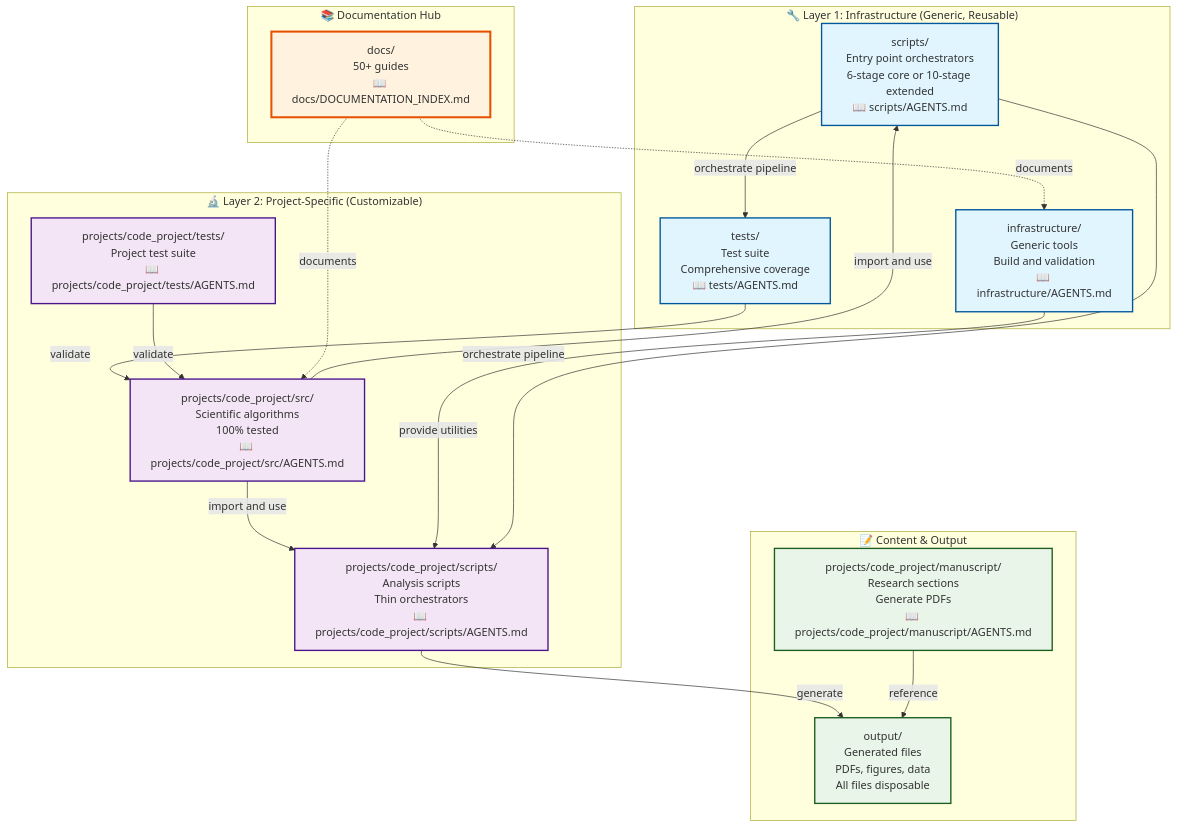
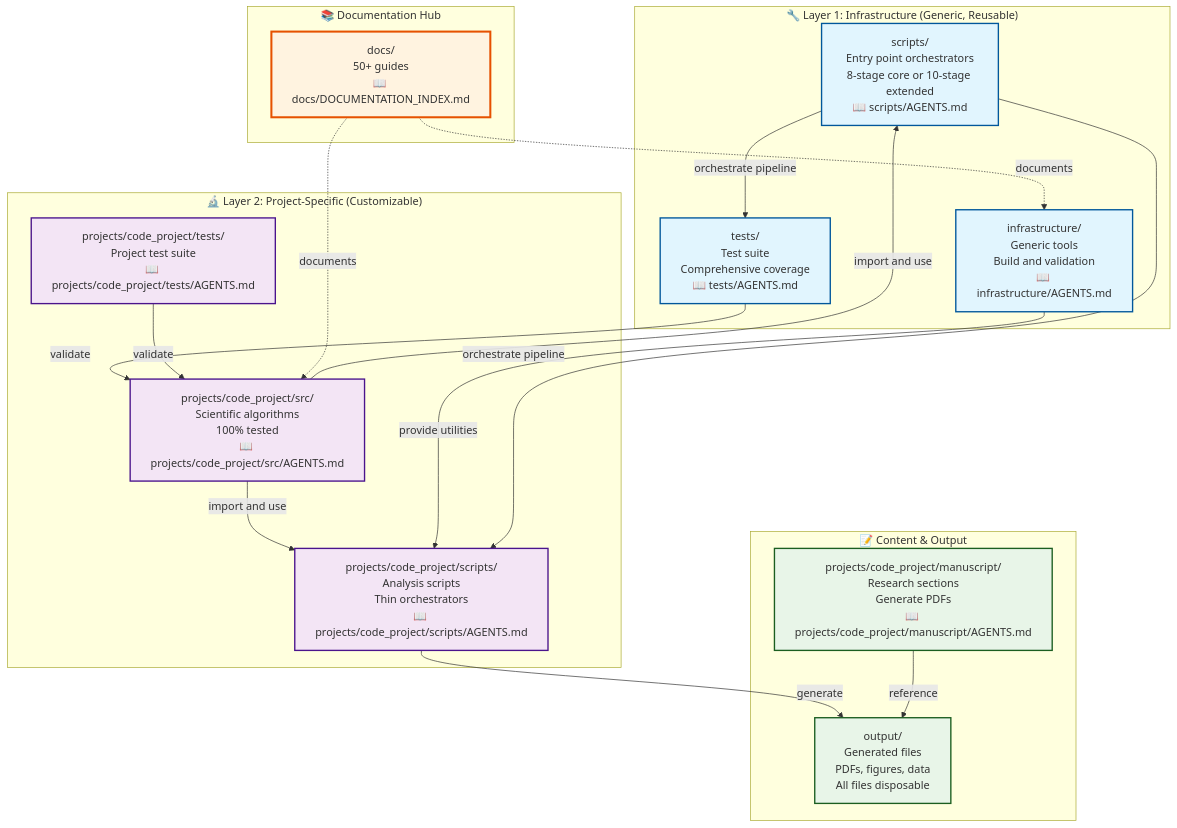
The sixth of 14 diagrams in README.md (docxology/template), drawn with Mermaid before and after one commit. The commit also changed other lines of this file and 892 other files, not shown here.

````diff
--- a/README.md
+++ b/README.md
@@ -468,45 +469,45 @@
 ```mermaid
 graph TB
     subgraph L1["🔧 Layer 1: Infrastructure (Generic, Reusable)"]
         INFRA[infrastructure/\nGeneric tools\nBuild and validation\n📖 infrastructure/AGENTS.md]
-        INFRA_SCRIPTS[scripts/\nEntry point orchestrators\n6-stage core or 10-stage extended\n📖 scripts/AGENTS.md]
+        INFRA_SCRIPTS[scripts/\nEntry point orchestrators\n8-stage core or 10-stage extended\n📖 scripts/AGENTS.md]
         TESTS[tests/\nTest suite\nComprehensive coverage\n📖 tests/AGENTS.md]
     end
 
     subgraph L2["🔬 Layer 2: Project-Specific (Customizable)"]
         SRC[projects/code_project/src/\nScientific algorithms\n100% tested\n📖 projects/code_project/src/AGENTS.md]
         SCRIPTS[projects/code_project/scripts/\nAnalysis scripts\nThin orchestrators\n📖 projects/code_project/scripts/AGENTS.md]
         PROJECT_TESTS[projects/code_project/tests/\nProject test suite\n📖 projects/code_project/tests/AGENTS.md]
     end
 
     subgraph DOCS["📚 Documentation Hub"]
         DOCS_DIR[docs/\n50+ guides\n📖 docs/DOCUMENTATION_INDEX.md]
     end
 
     subgraph CONTENT["📝 Content & Output"]
         MANUSCRIPT[projects/code_project/manuscript/\nResearch sections\nGenerate PDFs\n📖 projects/code_project/manuscript/AGENTS.md]
         OUTPUT[output/\nGenerated files\nPDFs, figures, data\nAll files disposable]
     end
 
     SRC -->|import and use| SCRIPTS
     SRC -->|import and use| INFRA_SCRIPTS
     INFRA -->|provide utilities| SCRIPTS
     SCRIPTS -->|generate| OUTPUT
     INFRA_SCRIPTS -->|orchestrate pipeline| TESTS
     INFRA_SCRIPTS -->|orchestrate pipeline| SCRIPTS
     MANUSCRIPT -->|reference| OUTPUT
     TESTS -->|validate| SRC
     PROJECT_TESTS -->|validate| SRC
     DOCS_DIR -.->|documents| INFRA
     DOCS_DIR -.->|documents| SRC
 
     classDef layer1 fill:#e1f5fe,stroke:#01579b,stroke-width:2px
     classDef layer2 fill:#f3e5f5,stroke:#4a148c,stroke-width:2px
     classDef docs fill:#fff3e0,stroke:#e65100,stroke-width:3px
     classDef content fill:#e8f5e8,stroke:#1b5e20,stroke-width:2px
 
     class INFRA,INFRA_SCRIPTS,TESTS layer1
     class SRC,SCRIPTS,PROJECT_TESTS layer2
     class DOCS_DIR docs
     class MANUSCRIPT,OUTPUT content
 ```
````
